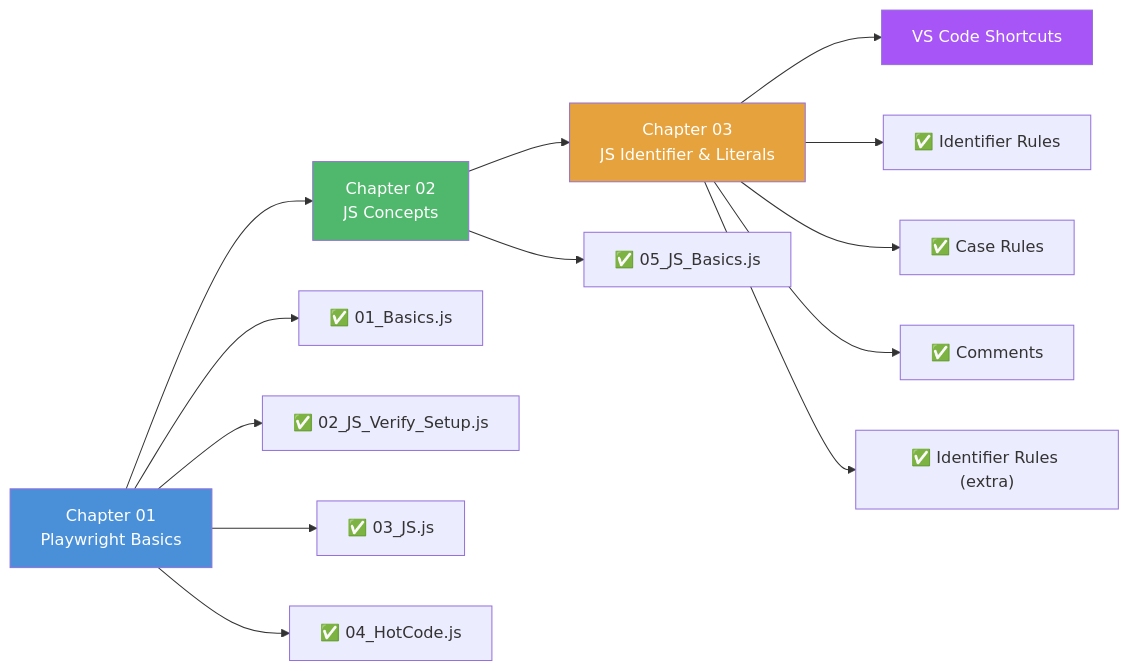
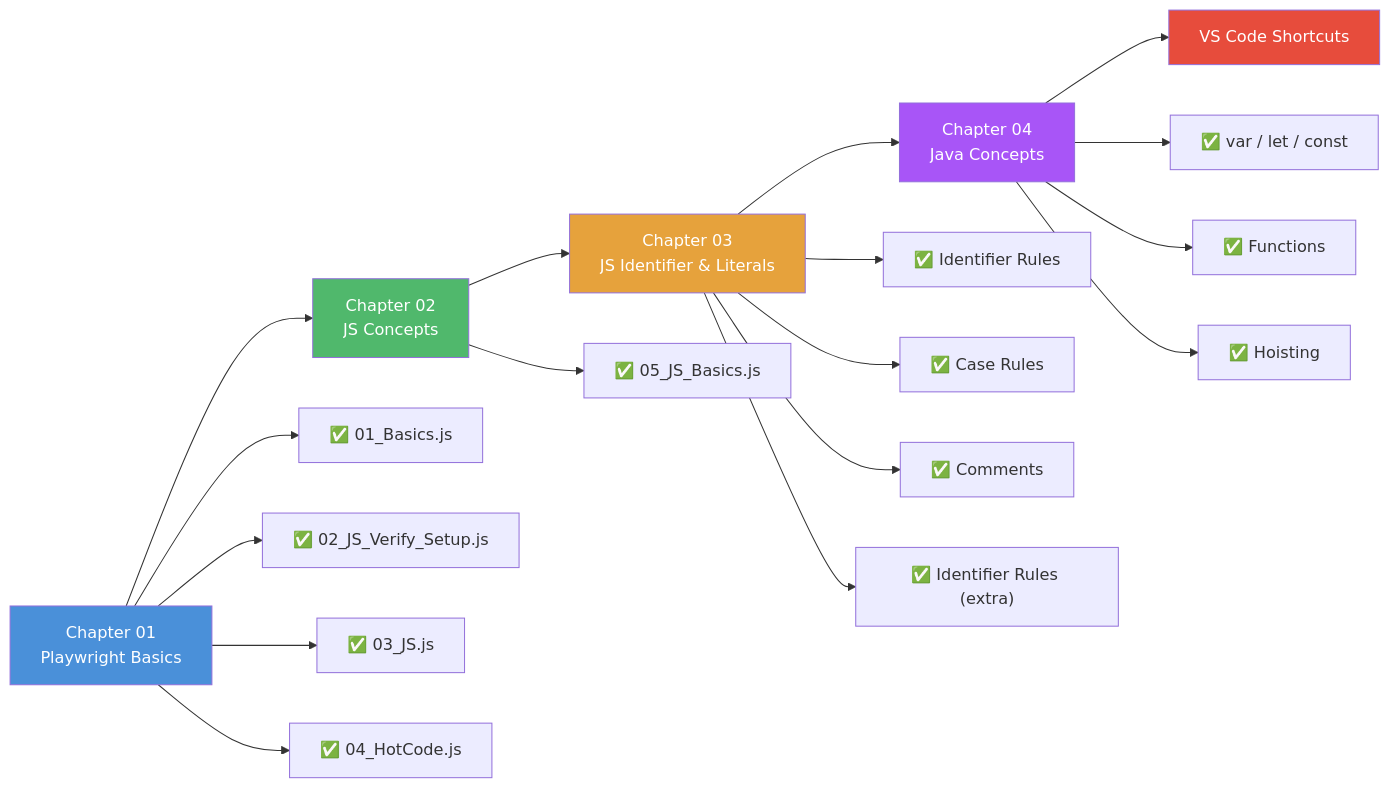
One commit to Hemalatha-R17/Playwright changed the diagram in README.md. Above: the diagram before and after it, drawn with Mermaid. The commit also changed other lines of this file, not shown here.

Commit message:
Update README to include Chapter 04 Java Concepts

````diff
--- a/README.md
+++ b/README.md
@@ -13,23 +13,29 @@
 ```mermaid
 flowchart LR
     A[Chapter 01<br/>Playwright Basics] --> B[Chapter 02<br/>JS Concepts]
     B --> C[Chapter 03<br/>JS Identifier & Literals]
-    C --> D[VS Code Shortcuts]
+    C --> D[Chapter 04<br/>Java Concepts]
+    D --> E[VS Code Shortcuts]
 
     A --> A1["✅ 01_Basics.js"]
     A --> A2["✅ 02_JS_Verify_Setup.js"]
     A --> A3["✅ 03_JS.js"]
     A --> A4["✅ 04_HotCode.js"]
 
     B --> B1["✅ 05_JS_Basics.js"]
 
     C --> C1["✅ Identifier Rules"]
     C --> C2["✅ Case Rules"]
     C --> C3["✅ Comments"]
     C --> C4["✅ Identifier Rules (extra)"]
 
+    D --> D1["✅ var / let / const"]
+    D --> D2["✅ Functions"]
+    D --> D3["✅ Hoisting"]
+
     style A fill:#4a90d9,color:#fff
     style B fill:#50b86c,color:#fff
     style C fill:#e6a23c,color:#fff
     style D fill:#a855f7,color:#fff
+    style E fill:#e74c3c,color:#fff
 ```
````
